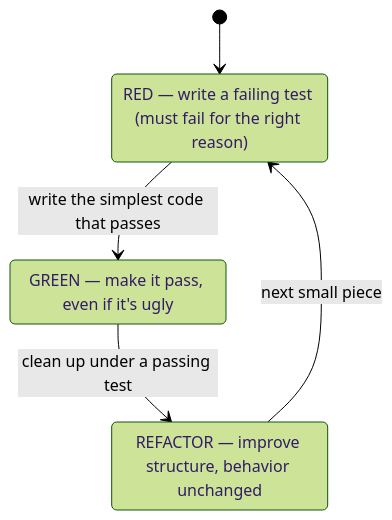
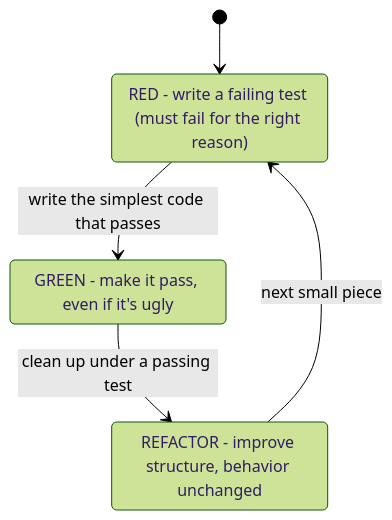
The diagram in guides/testing/tdd-and-bdd-honestly/01-red-green-refactor.md (Topurrra/themissingmanual), drawn with Mermaid (forest theme) before and after one commit. The commit also changed other lines of this file and 1072 other files, not shown here.

````diff
--- a/guides/testing/tdd-and-bdd-honestly/01-red-green-refactor.md
+++ b/guides/testing/tdd-and-bdd-honestly/01-red-green-refactor.md
@@ -28,10 +28,10 @@
 ```mermaid
 stateDiagram-v2
   [*] --> Red
   Red --> Green: write the simplest code that passes
   Green --> Refactor: clean up under a passing test
   Refactor --> Red: next small piece
-  Red: RED — write a failing test (must fail for the right reason)
-  Green: GREEN — make it pass, even if it's ugly
-  Refactor: REFACTOR — improve structure, behavior unchanged
+  Red: RED - write a failing test (must fail for the right reason)
+  Green: GREEN - make it pass, even if it's ugly
+  Refactor: REFACTOR - improve structure, behavior unchanged
 ```
````
